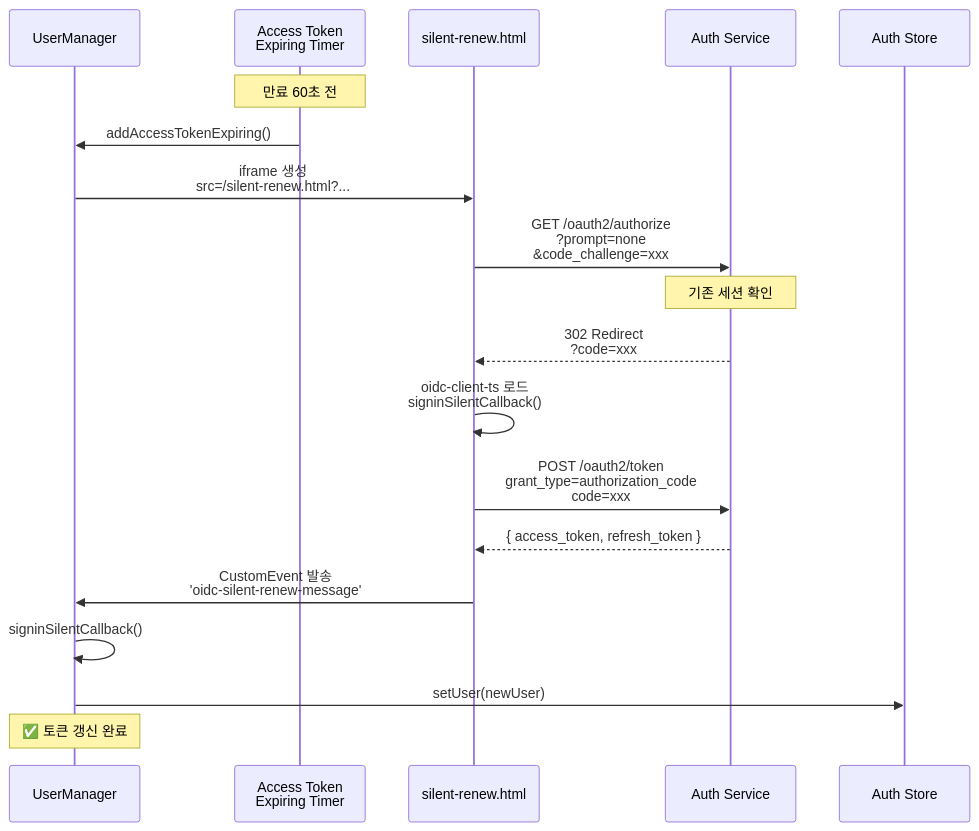
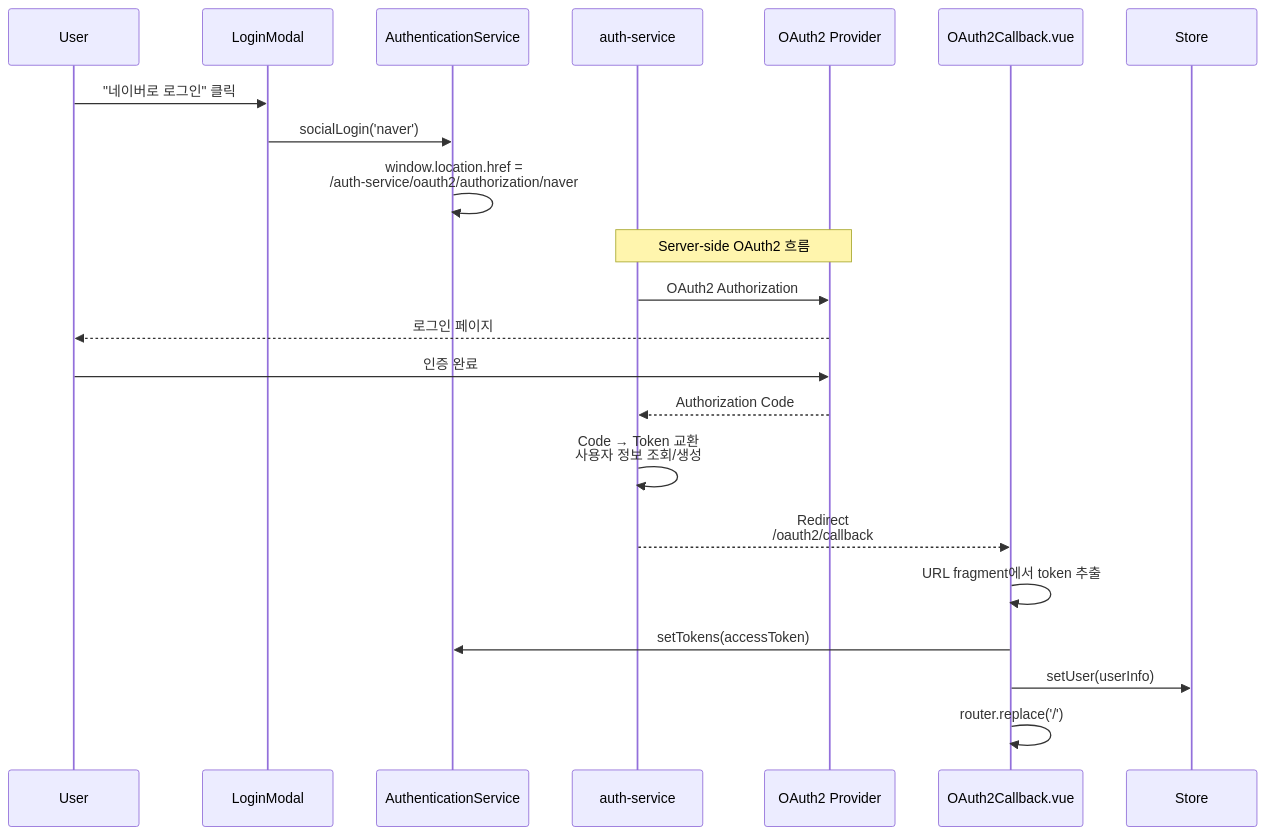
Before and after one commit to L-a-z-e/portal-universe: the third of 3 diagrams in docs/architecture/portal-shell/authentication.md, drawn with Mermaid. The commit also changed other lines of this file and 5 other files, not shown here.

First line of the commit message:
docs(architecture): rewrite portal-shell docs to match actual codebase

````diff
--- a/docs/architecture/portal-shell/authentication.md
+++ b/docs/architecture/portal-shell/authentication.md
@@ -127,32 +170,27 @@
 ```mermaid
 sequenceDiagram
-    participant UM as UserManager
-    participant Timer as Access Token<br/>Expiring Timer
-    participant Iframe as silent-renew.html
-    participant AS as Auth Service
-    participant Store as Auth Store
+    participant User
+    participant LM as LoginModal
+    participant AS as AuthenticationService
+    participant Backend as auth-service
+    participant Provider as OAuth2 Provider
+    participant CB as OAuth2Callback.vue
 
-    Note over Timer: 만료 60초 전
-    Timer->>UM: addAccessTokenExpiring()
+    User->>LM: "네이버로 로그인" 클릭
+    LM->>AS: socialLogin('naver')
+    AS->>AS: window.location.href =<br/>/auth-service/oauth2/authorization/naver
 
-    UM->>Iframe: iframe 생성<br/>src=/silent-renew.html?...
+    Note over Backend,Provider: Server-side OAuth2 흐름
 
-    Iframe->>AS: GET /oauth2/authorize<br/>?prompt=none<br/>&code_challenge=xxx
+    Backend->>Provider: OAuth2 Authorization
+    Provider-->>User: 로그인 페이지
+    User->>Provider: 인증 완료
+    Provider-->>Backend: Authorization Code
+    Backend->>Backend: Code → Token 교환<br/>사용자 정보 조회/생성
+    Backend-->>CB: Redirect<br/>/oauth2/callback#access_token=...
 
-    Note over AS: 기존 세션 확인
-
-    AS-->>Iframe: 302 Redirect<br/>?code=xxx
-
-    Iframe->>Iframe: oidc-client-ts 로드<br/>signinSilentCallback()
-
-    Iframe->>AS: POST /oauth2/token<br/>grant_type=authorization_code<br/>code=xxx
-
-    AS-->>Iframe: { access_token, refresh_token }
-
-    Iframe->>UM: CustomEvent 발송<br/>'oidc-silent-renew-message'
-
-    UM->>UM: signinSilentCallback()
-    UM->>Store: setUser(newUser)
-
-    Note over UM: ✅ 토큰 갱신 완료
+    CB->>CB: URL fragment에서 token 추출
+    CB->>AS: setTokens(accessToken)
+    CB->>Store: setUser(userInfo)
+    CB->>CB: router.replace('/')
 ```
````
